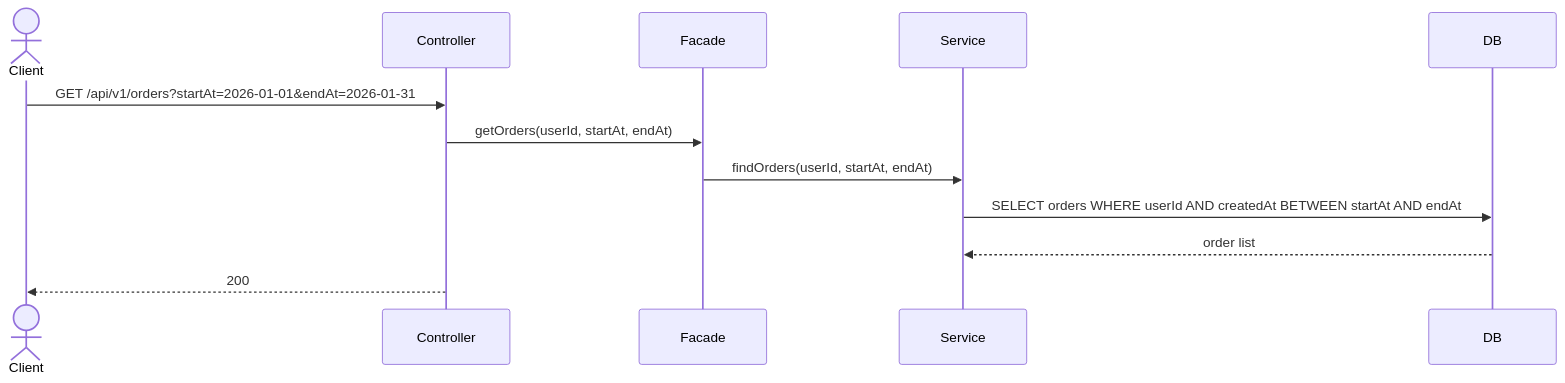
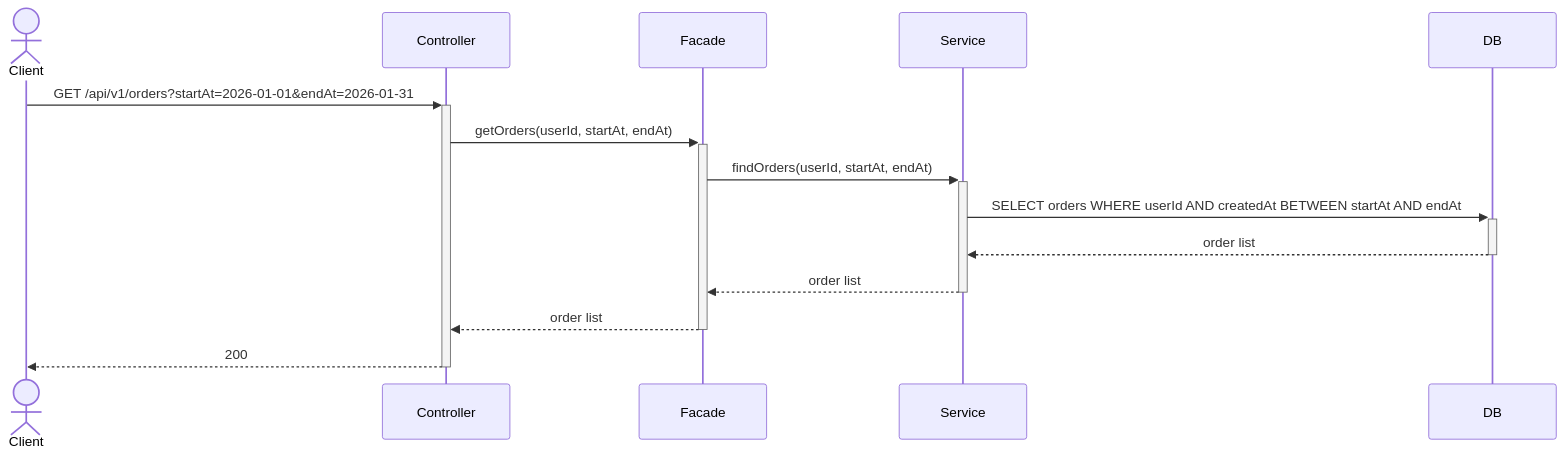
One commit to loopers-labs/loop-pack-be-l2-vol4-java changed the eighth of 21 diagrams in .docs/design/02-sequence-diagrams.md. Above: the diagram before and after it, drawn with Mermaid. The commit also changed other lines of this file, not shown here.

Commit message:
docs: 시퀀스 다이어그램 수정

````diff
--- a/.docs/design/02-sequence-diagrams.md
+++ b/.docs/design/02-sequence-diagrams.md
@@ -221,15 +251,17 @@
 ```mermaid
 sequenceDiagram
     actor Client
     participant Controller
     participant Facade
     participant Service
     participant DB
 
-    Client->>Controller: GET /api/v1/orders?startAt=2026-01-01&endAt=2026-01-31
-    Controller->>Facade: getOrders(userId, startAt, endAt)
-    Facade->>Service: findOrders(userId, startAt, endAt)
-    Service->>DB: SELECT orders WHERE userId AND createdAt BETWEEN startAt AND endAt
-    DB-->>Service: order list
-    Controller-->>Client: 200
+    Client->>+Controller: GET /api/v1/orders?startAt=2026-01-01&endAt=2026-01-31
+    Controller->>+Facade: getOrders(userId, startAt, endAt)
+    Facade->>+Service: findOrders(userId, startAt, endAt)
+    Service->>+DB: SELECT orders WHERE userId AND createdAt BETWEEN startAt AND endAt
+    DB-->>-Service: order list
+    Service-->>-Facade: order list
+    Facade-->>-Controller: order list
+    Controller-->>-Client: 200
 ```
````
